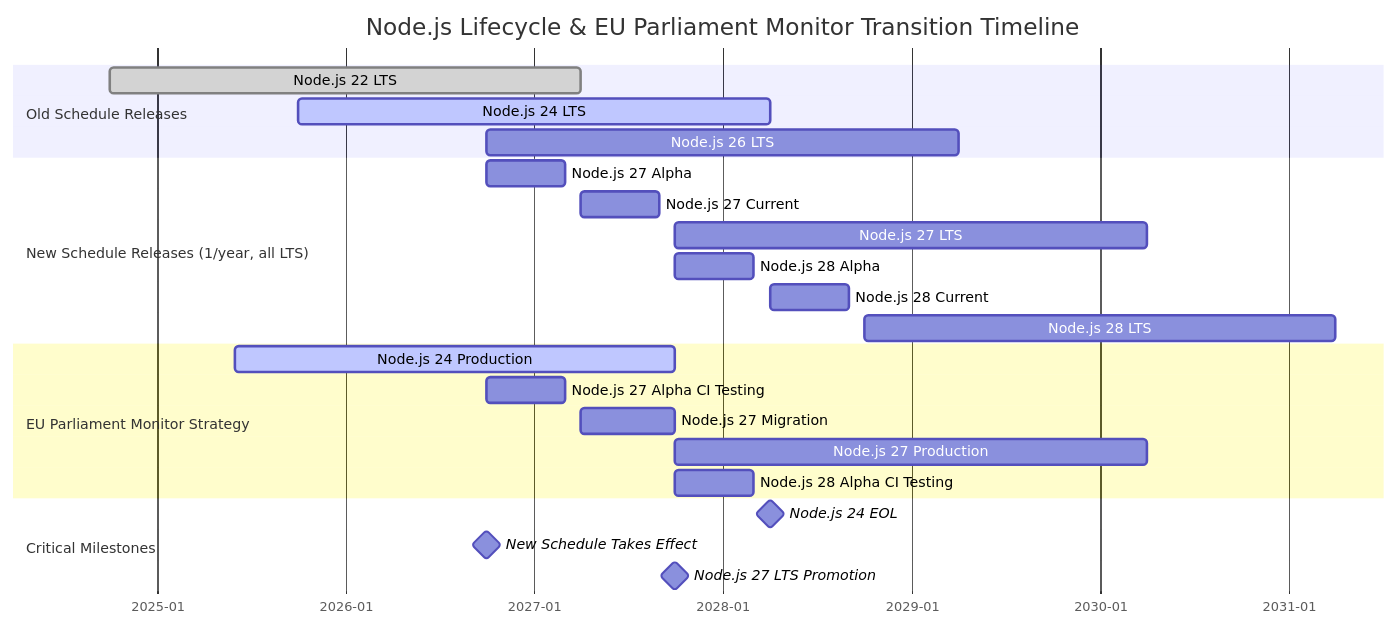
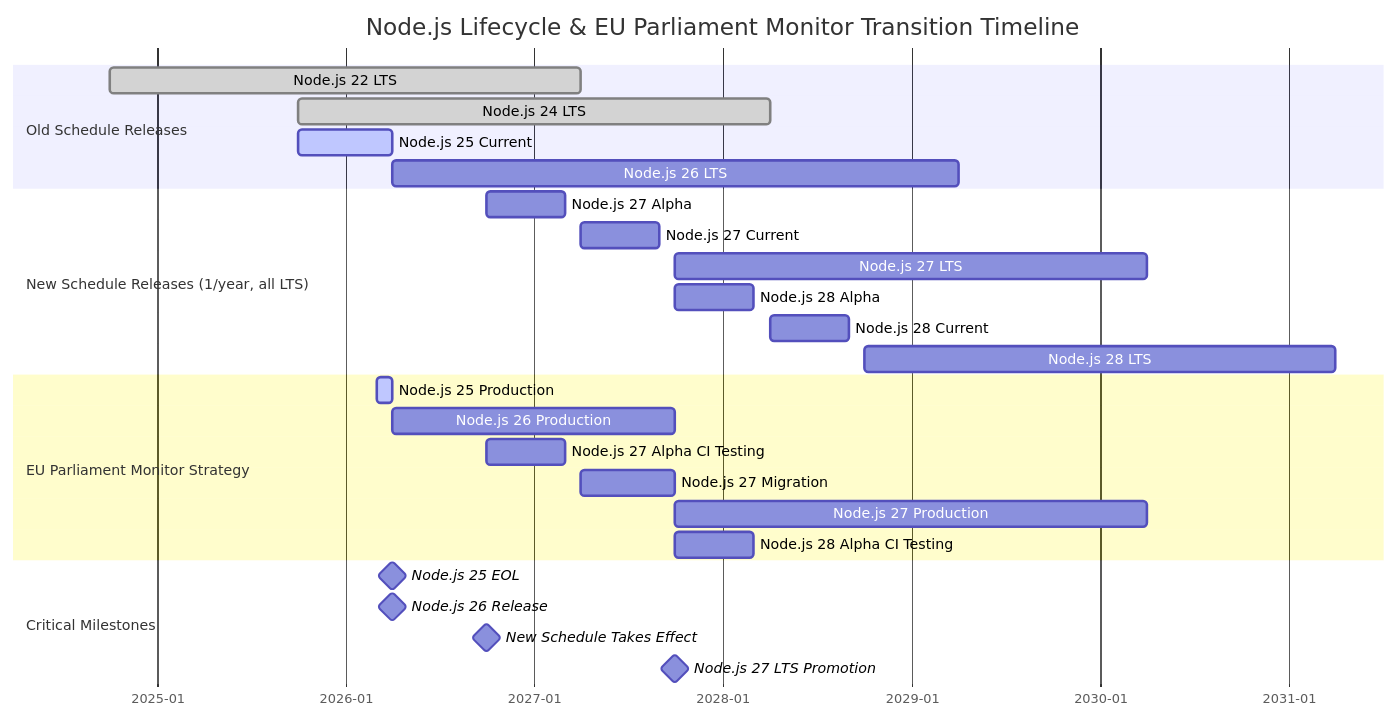
One commit to Hack23/euparliamentmonitor changed the second of 6 diagrams in End-of-Life-Strategy.md. Above: the diagram before and after it, drawn with Mermaid. The commit also changed other lines of this file and 50 other files, not shown here.

````diff
--- a/End-of-Life-Strategy.md
+++ b/End-of-Life-Strategy.md
@@ -195,32 +195,35 @@
 ```mermaid
 gantt
     title Node.js Lifecycle & EU Parliament Monitor Transition Timeline
     dateFormat YYYY-MM
     axisFormat %Y-%m
 
     section Old Schedule Releases
     %% LTS support windows (month-level, aligned with Node.js LTS/EOL schedule)
     Node.js 22 LTS              :done, node22, 2024-10, 2027-04
-    Node.js 24 LTS              :active, node24, 2025-10, 2028-04
-    Node.js 26 LTS              :node26, 2026-10, 2029-04
+    Node.js 24 LTS              :done, node24, 2025-10, 2028-04
+    Node.js 25 Current          :active, node25, 2025-10, 2026-04
+    Node.js 26 LTS              :node26, 2026-04, 2029-04
 
     section New Schedule Releases (1/year, all LTS)
     Node.js 27 Alpha            :node27a, 2026-10, 2027-03
     Node.js 27 Current          :node27c, 2027-04, 2027-09
     Node.js 27 LTS              :node27, 2027-10, 2030-04
     Node.js 28 Alpha            :node28a, 2027-10, 2028-03
     Node.js 28 Current          :node28c, 2028-04, 2028-09
     Node.js 28 LTS              :node28, 2028-10, 2031-04
 
     section EU Parliament Monitor Strategy
-    Node.js 24 Production       :active, ep24, 2025-06, 2027-10
+    Node.js 25 Production       :active, ep25, 2026-03, 2026-04
+    Node.js 26 Production       :ep26, 2026-04, 2027-10
     Node.js 27 Alpha CI Testing :ep27a, 2026-10, 2027-03
     Node.js 27 Migration        :ep27m, 2027-04, 2027-10
     Node.js 27 Production       :ep27p, 2027-10, 2030-04
     Node.js 28 Alpha CI Testing :ep28a, 2027-10, 2028-03
 
     section Critical Milestones
-    Node.js 24 EOL              :milestone, node24eol, 2028-04, 0d
+    Node.js 25 EOL              :milestone, node25eol, 2026-04, 0d
+    Node.js 26 Release          :milestone, node26rel, 2026-04, 0d
     New Schedule Takes Effect   :milestone, newschedule, 2026-10, 0d
     Node.js 27 LTS Promotion    :milestone, node27lts, 2027-10, 0d
 ```
````
